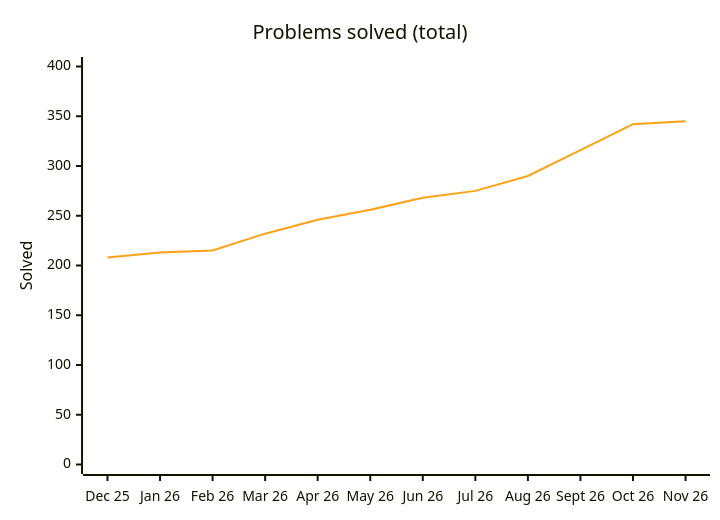
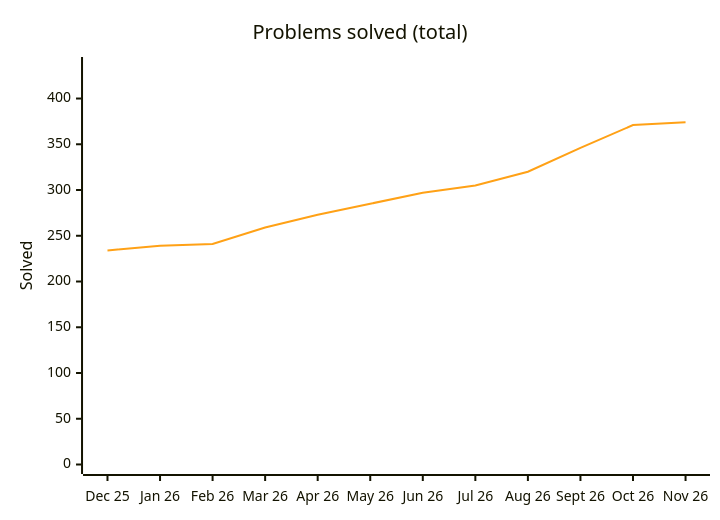
The diagram in README.md (Ved-u/Java-DSA), drawn with Mermaid before and after one commit. The commit also changed other lines of this file and 40 other files, not shown here.

````diff
--- a/README.md
+++ b/README.md
@@ -53,8 +53,8 @@
 ```mermaid
 %%{init: {"themeVariables": {"xyChart": {"plotColorPalette": "#ffa116"}}}}%%
 xychart-beta
     title "Problems solved (total)"
     x-axis ["Dec 25", "Jan 26", "Feb 26", "Mar 26", "Apr 26", "May 26", "Jun 26", "Jul 26", "Aug 26", "Sept 26", "Oct 26", "Nov 26"]
-    y-axis "Solved" 0 --> 400
-    line [208, 213, 215, 232, 246, 256, 268, 275, 290, 316, 342, 345]
+    y-axis "Solved" 0 --> 435
+    line [234, 239, 241, 259, 273, 285, 297, 305, 320, 346, 371, 374]
 ```
````
